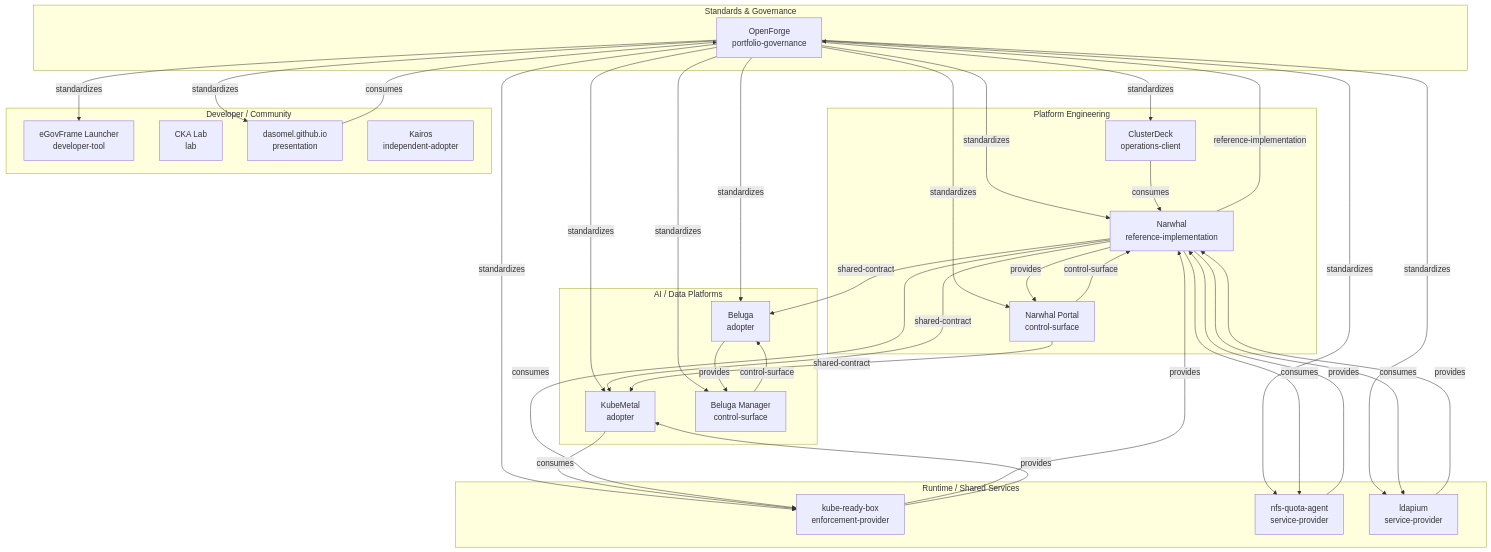
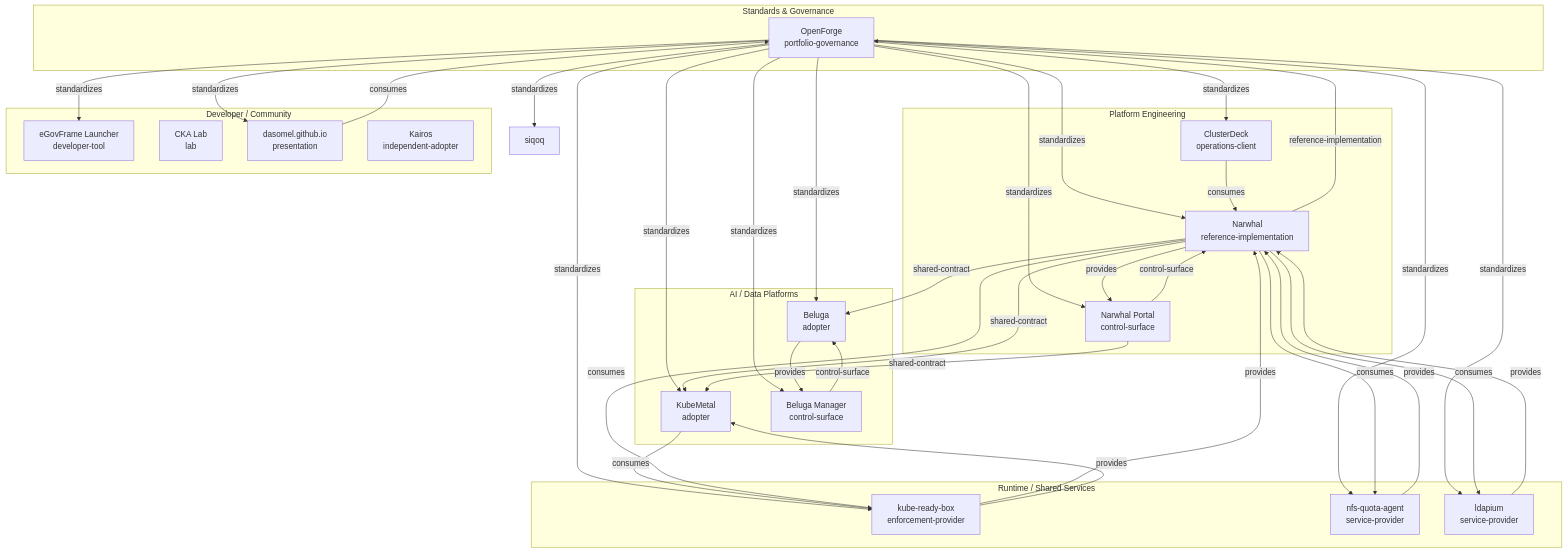
One commit to dasomel/openforge changed the diagram in docs/portfolio-architecture.md. Above: the diagram before and after it, drawn with Mermaid. The commit also changed 7 other files, not shown here.

````diff
--- a/docs/portfolio-architecture.md
+++ b/docs/portfolio-architecture.md
@@ -7,56 +7,57 @@
 ```mermaid
 flowchart TB
   subgraph Governance["Standards & Governance"]
     openforge["OpenForge\nportfolio-governance"]
   end
   subgraph Platform["Platform Engineering"]
     narwhal["Narwhal\nreference-implementation"]
     narwhal_portal["Narwhal Portal\ncontrol-surface"]
     clusterdeck["ClusterDeck\noperations-client"]
   end
   subgraph AIData["AI / Data Platforms"]
     kubemetal["KubeMetal\nadopter"]
     beluga["Beluga\nadopter"]
     beluga_manager["Beluga Manager\ncontrol-surface"]
   end
   subgraph Foundation["Runtime / Shared Services"]
     kube_ready_box["kube-ready-box\nenforcement-provider"]
     nfs_quota_agent["nfs-quota-agent\nservice-provider"]
     ldapium["ldapium\nservice-provider"]
   end
   subgraph DeveloperCommunity["Developer / Community"]
     egovframe_launcher["eGovFrame Launcher\ndeveloper-tool"]
     cka_lab["CKA Lab\nlab"]
     dasomel_github_io["dasomel.github.io\npresentation"]
     kairos["Kairos\nindependent-adopter"]
   end
   openforge -->|standardizes| narwhal
   openforge -->|standardizes| narwhal_portal
   openforge -->|standardizes| kubemetal
   openforge -->|standardizes| beluga
   openforge -->|standardizes| kube_ready_box
   openforge -->|standardizes| nfs_quota_agent
   openforge -->|standardizes| ldapium
   openforge -->|standardizes| clusterdeck
   openforge -->|standardizes| beluga_manager
   openforge -->|standardizes| egovframe_launcher
+  openforge -->|standardizes| siqoq
   openforge -->|standardizes| dasomel_github_io
   narwhal -->|reference-implementation| openforge
   narwhal -->|provides| narwhal_portal
   narwhal_portal -->|control-surface| narwhal
   kubemetal -->|consumes| kube_ready_box
   narwhal -->|consumes| kube_ready_box
   kube_ready_box -->|provides| narwhal
   kube_ready_box -->|provides| kubemetal
   beluga -->|provides| beluga_manager
   beluga_manager -->|control-surface| beluga
   narwhal -->|consumes| nfs_quota_agent
   nfs_quota_agent -->|provides| narwhal
   narwhal -->|consumes| ldapium
   ldapium -->|provides| narwhal
   narwhal -->|shared-contract| kubemetal
   narwhal -->|shared-contract| beluga
   narwhal_portal -->|shared-contract| kubemetal
   clusterdeck -->|consumes| narwhal
   dasomel_github_io -->|consumes| openforge
 ```
````
